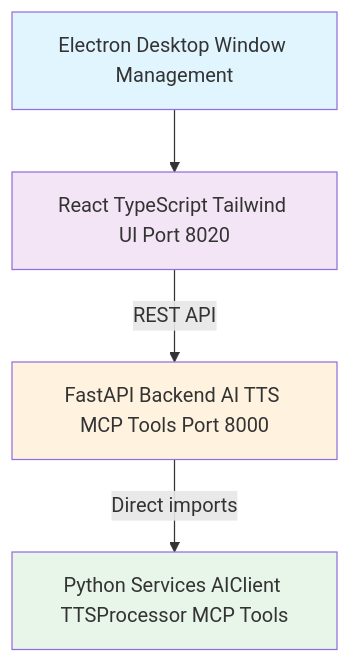
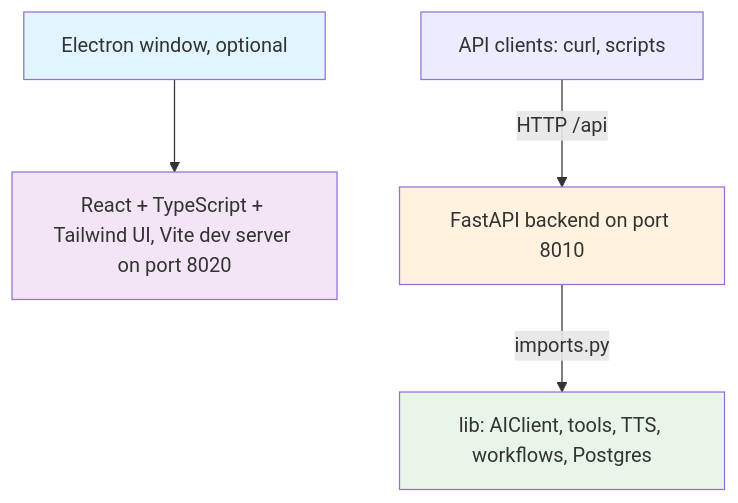
Before and after one commit to AmreetKumarkhuntia/knik: the diagram in docs/guides/web-app.md, drawn with Mermaid. The commit also changed other lines of this file and 30 other files, not shown here.

````diff
--- a/docs/guides/web-app.md
+++ b/docs/guides/web-app.md
@@ -9,11 +7,11 @@
 ```mermaid
 flowchart TD
-    A[Electron Desktop Window Management] --> B[React TypeScript Tailwind UI Port 8020]
-    B -->|REST API| C[FastAPI Backend AI TTS MCP Tools Port 8000]
-    C -->|Direct imports| D[Python Services AIClient TTSProcessor MCP Tools]
+    A[Electron window, optional] --> B[React + TypeScript + Tailwind UI, Vite dev server on port 8020]
+    C[FastAPI backend on port 8010] -->|imports.py| D[lib: AIClient, tools, TTS, workflows, Postgres]
+    E[API clients: curl, scripts] -->|HTTP /api| C
 
     style A fill:#e1f5ff
     style B fill:#f3e5f5
     style C fill:#fff3e0
     style D fill:#e8f5e9
 ```
````
